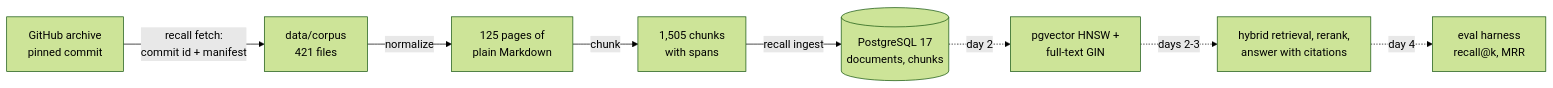
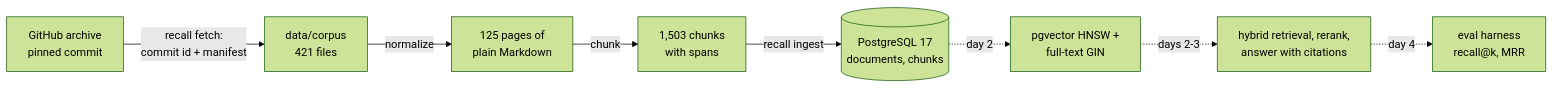
Before and after one commit to vivekdavara/recall: the diagram in README.md, drawn with Mermaid (forest theme). The commit also changed other lines of this file and 5 other files, not shown here.

````diff
--- a/README.md
+++ b/README.md
@@ -34,10 +34,10 @@
 ```mermaid
 flowchart LR
     A[GitHub archive<br/>pinned commit] -->|recall fetch:<br/>commit id + manifest| B[data/corpus<br/>421 files]
     B -->|normalize| C[125 pages of<br/>plain Markdown]
-    C -->|chunk| D[1,505 chunks<br/>with spans]
+    C -->|chunk| D[1,503 chunks<br/>with spans]
     D -->|recall ingest| E[(PostgreSQL 17<br/>documents, chunks)]
     E -.->|day 2| F[pgvector HNSW +<br/>full-text GIN]
     F -.->|days 2-3| G[hybrid retrieval, rerank,<br/>answer with citations]
     G -.->|day 4| H[eval harness<br/>recall@k, MRR]
 ```
````
